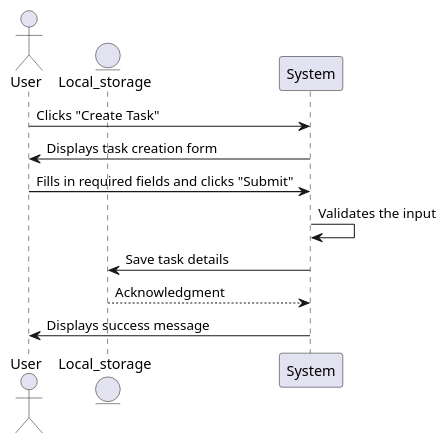
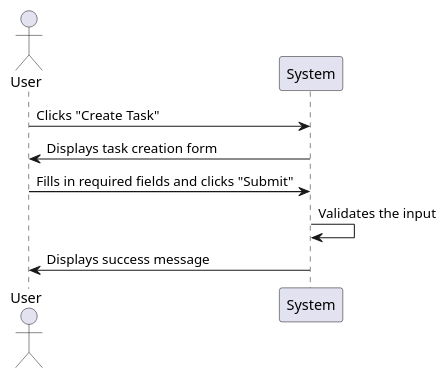
Before and after one commit to Karim-Ashraf1/Task-Management-System: the diagram in design/sequence_diagrams/SD1.puml, drawn with PlantUML. The commit also changed 1 other file, not shown here.

Commit message:
Sequence diagram fix

```diff
--- a/design/sequence_diagrams/SD1.puml
+++ b/design/sequence_diagrams/SD1.puml
@@ -1,16 +1,11 @@
 @startuml
 
 actor User
-entity Local_storage
 
 User -> System: Clicks "Create Task"
 System -> User: Displays task creation form
 User -> System: Fills in required fields and clicks "Submit"
 System -> System: Validates the input
-
-System -> Local_storage: Save task details
-Local_storage --> System: Acknowledgment
 System -> User: Displays success message
 
-
 @enduml
```
